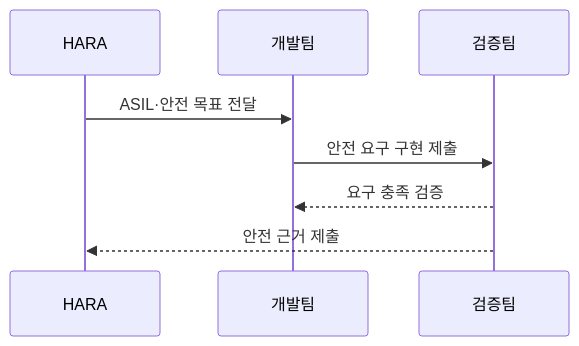
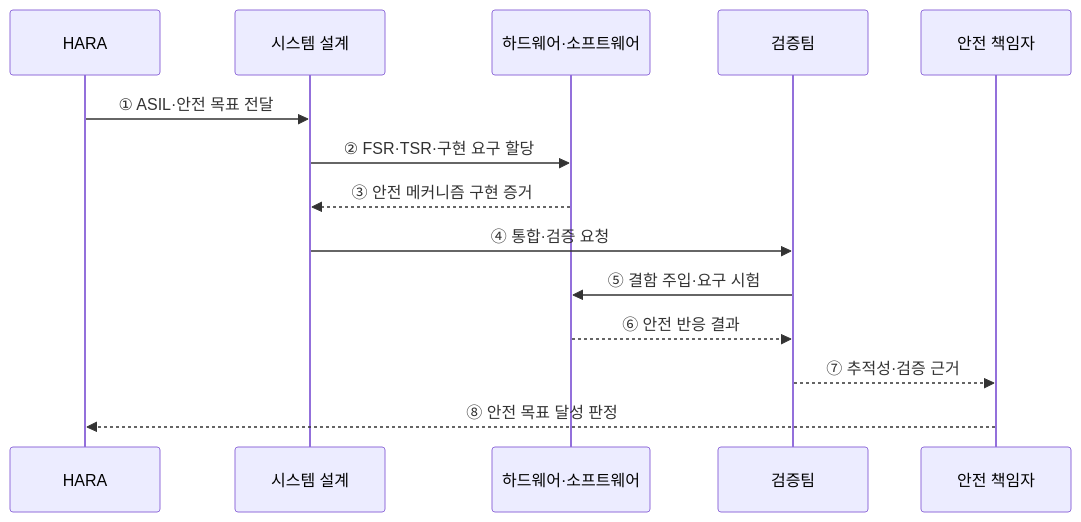
The second of 2 diagrams in src/content/docs/notes/03-software/078_functional_safety_iso_26262_asil.md (agnusdei1207/knowledge-base), drawn with Mermaid before and after one commit. The commit also changed other lines of this file and 20 other files, not shown here.

````diff
--- a/src/content/docs/notes/03-software/078_functional_safety_iso_26262_asil.md
+++ b/src/content/docs/notes/03-software/078_functional_safety_iso_26262_asil.md
@@ -83,10 +76,16 @@
 ```mermaid
 sequenceDiagram
     participant H as HARA
-    participant D as 개발팀
+    participant A as 시스템 설계
+    participant W as 하드웨어·소프트웨어
     participant V as 검증팀
-    H->>D: ASIL·안전 목표 전달
-    D->>V: 안전 요구 구현 제출
-    V-->>D: 요구 충족 검증
-    V-->>H: 안전 근거 제출
+    participant S as 안전 책임자
+    H->>A: ① ASIL·안전 목표 전달
+    A->>W: ② FSR·TSR·구현 요구 할당
+    W-->>A: ③ 안전 메커니즘 구현 증거
+    A->>V: ④ 통합·검증 요청
+    V->>W: ⑤ 결함 주입·요구 시험
+    W-->>V: ⑥ 안전 반응 결과
+    V-->>S: ⑦ 추적성·검증 근거
+    S-->>H: ⑧ 안전 목표 달성 판정
 ```
````
